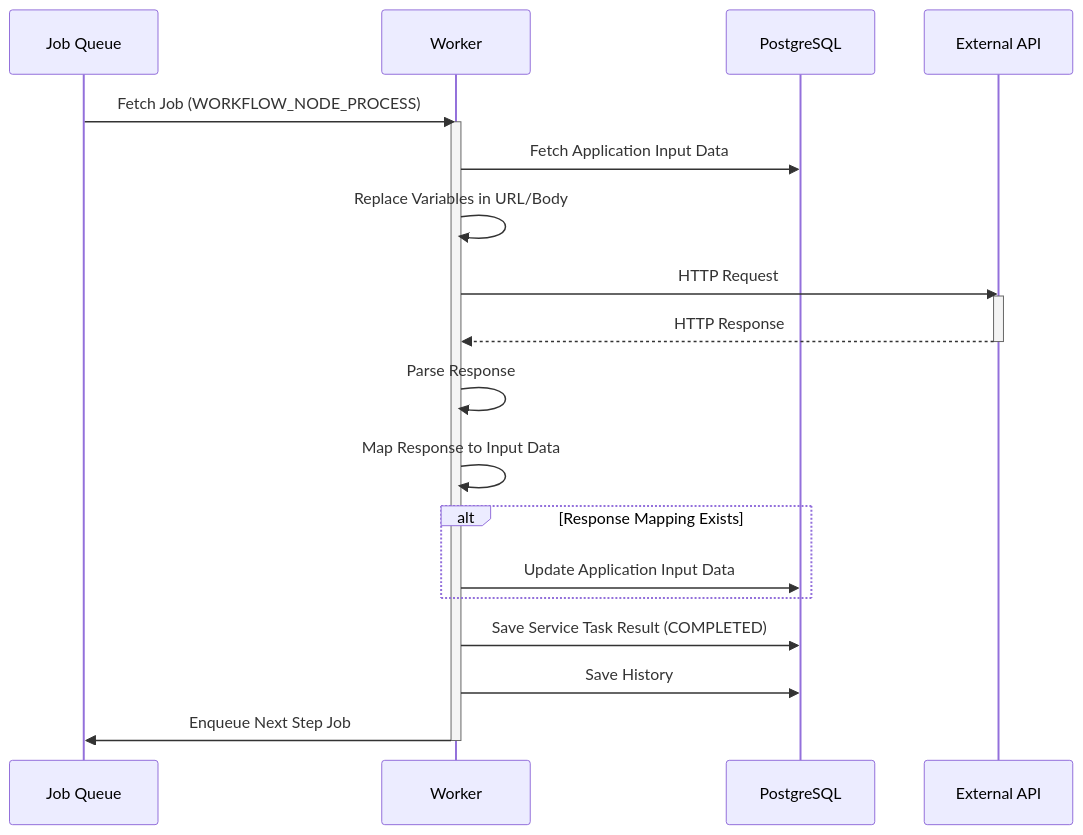
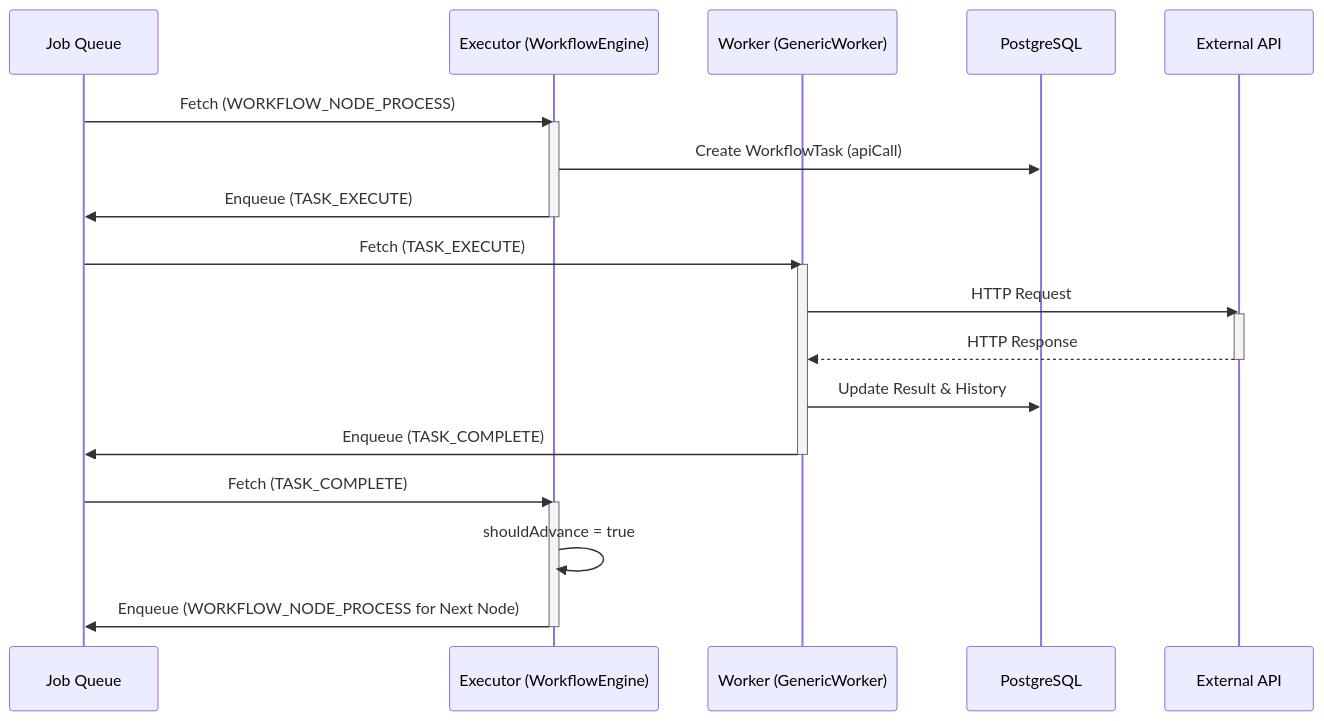
The third of 8 diagrams in backend/docs/sequence_diagrams.md (kenichi-33/flow-craft), drawn with Mermaid before and after one commit. The commit also changed other lines of this file and 56 other files, not shown here.

````diff
--- a/backend/docs/sequence_diagrams.md
+++ b/backend/docs/sequence_diagrams.md
@@ -95,31 +125,34 @@
 ```mermaid
 sequenceDiagram
     participant Queue as Job Queue
-    participant Worker
+    participant Executor as Executor (WorkflowEngine)
+    participant Worker as Worker (GenericWorker)
     participant DB as PostgreSQL
     participant ExtAPI as External API
 
-    Queue->>Worker: Fetch Job (WORKFLOW_NODE_PROCESS)
+    %% 前のステップから遷移
+    Queue->>Executor: Fetch (WORKFLOW_NODE_PROCESS)
+    activate Executor
+    Executor->>DB: Create WorkflowTask (apiCall)
+    Executor->>Queue: Enqueue (TASK_EXECUTE)
+    deactivate Executor
+    
+    %% WorkerがAPI実行
+    Queue->>Worker: Fetch (TASK_EXECUTE)
     activate Worker
-
-    Worker->>DB: Fetch Application Input Data
-    Worker->>Worker: Replace Variables in URL/Body
-    
     Worker->>ExtAPI: HTTP Request
     activate ExtAPI
     ExtAPI-->>Worker: HTTP Response
     deactivate ExtAPI
     
-    Worker->>Worker: Parse Response
-    Worker->>Worker: Map Response to Input Data
+    Worker->>DB: Update Result & History
+    Worker->>Queue: Enqueue (TASK_COMPLETE)
+    deactivate Worker
     
-    alt Response Mapping Exists
-        Worker->>DB: Update Application Input Data
-    end
-    
-    Worker->>DB: Save Service Task Result (COMPLETED)
-    Worker->>DB: Save History
-    
-    Worker->>Queue: Enqueue Next Step Job
-    deactivate Worker
+    %% Executorが完了を検知して次へ進む
+    Queue->>Executor: Fetch (TASK_COMPLETE)
+    activate Executor
+    Executor->>Executor: shouldAdvance = true
+    Executor->>Queue: Enqueue (WORKFLOW_NODE_PROCESS for Next Node)
+    deactivate Executor
 ```
````
